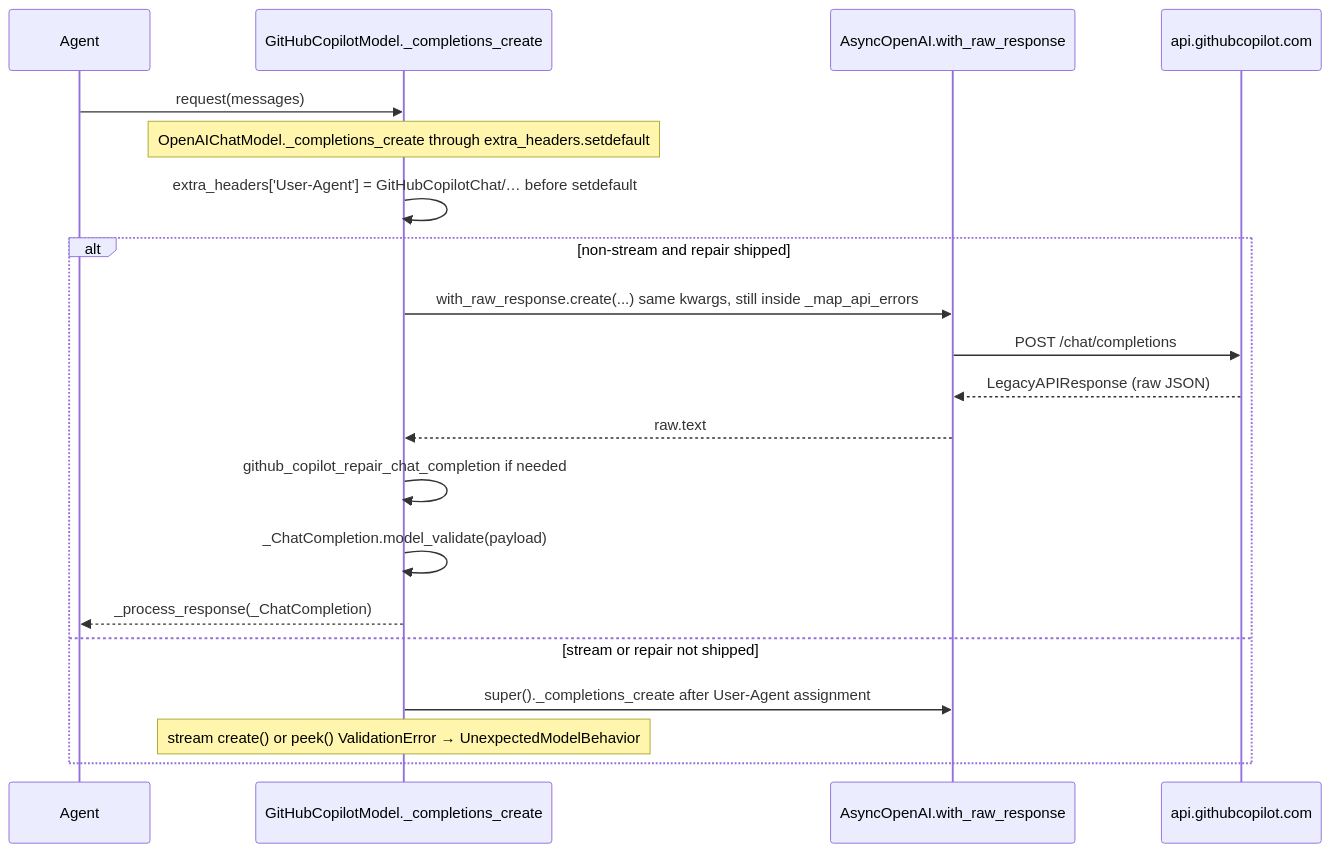
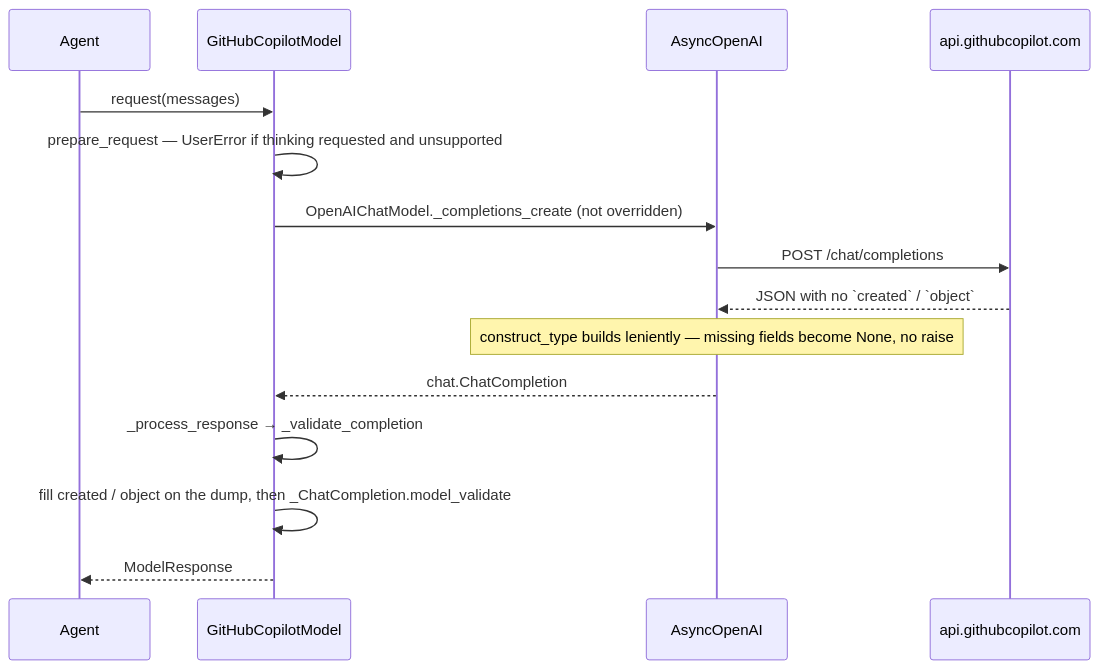
One commit to pydantic/pydantic-ai changed the second of 2 diagrams in PLAN.md. Above: the diagram before and after it, drawn with Mermaid. The commit also changed other lines of this file, not shown here.

First line of the commit message:
docs: rewrite the Copilot spec on live probe results

````diff
--- a/PLAN.md
+++ b/PLAN.md
@@ -232,23 +217,18 @@
 ```mermaid
 sequenceDiagram
   participant Agent
-  participant Model as GitHubCopilotModel._completions_create
-  participant SDK as AsyncOpenAI.with_raw_response
+  participant Model as GitHubCopilotModel
+  participant SDK as AsyncOpenAI
   participant Copilot as api.githubcopilot.com
 
   Agent->>Model: request(messages)
-  Note over Model: OpenAIChatModel._completions_create through extra_headers.setdefault
-  Model->>Model: extra_headers['User-Agent'] = GitHubCopilotChat/… before setdefault
-  alt non-stream and repair shipped
-    Model->>SDK: with_raw_response.create(...)  same kwargs, still inside _map_api_errors
-    SDK->>Copilot: POST /chat/completions
-    Copilot-->>SDK: LegacyAPIResponse (raw JSON)
-    SDK-->>Model: raw.text
-    Model->>Model: github_copilot_repair_chat_completion if needed
-    Model->>Model: _ChatCompletion.model_validate(payload)
-    Model-->>Agent: _process_response(_ChatCompletion)
-  else stream or repair not shipped
-    Model->>SDK: super()._completions_create after User-Agent assignment
-    Note over Model: stream create() or peek() ValidationError → UnexpectedModelBehavior
-  end
+  Model->>Model: prepare_request — UserError if thinking requested and unsupported
+  Model->>SDK: OpenAIChatModel._completions_create (not overridden)
+  SDK->>Copilot: POST /chat/completions
+  Copilot-->>SDK: JSON with no `created` / `object`
+  Note over SDK: construct_type builds leniently — missing fields become None, no raise
+  SDK-->>Model: chat.ChatCompletion
+  Model->>Model: _process_response → _validate_completion
+  Model->>Model: fill created / object on the dump, then _ChatCompletion.model_validate
+  Model-->>Agent: ModelResponse
 ```
````
